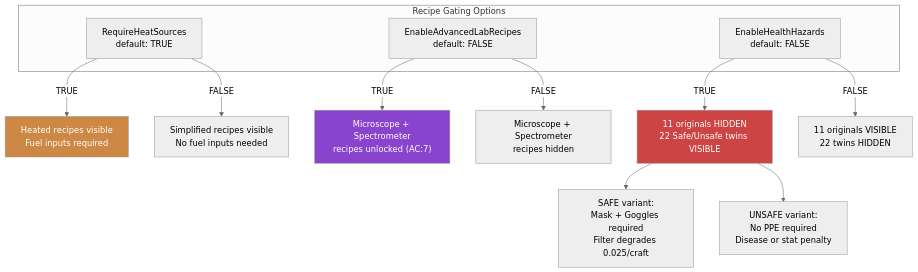
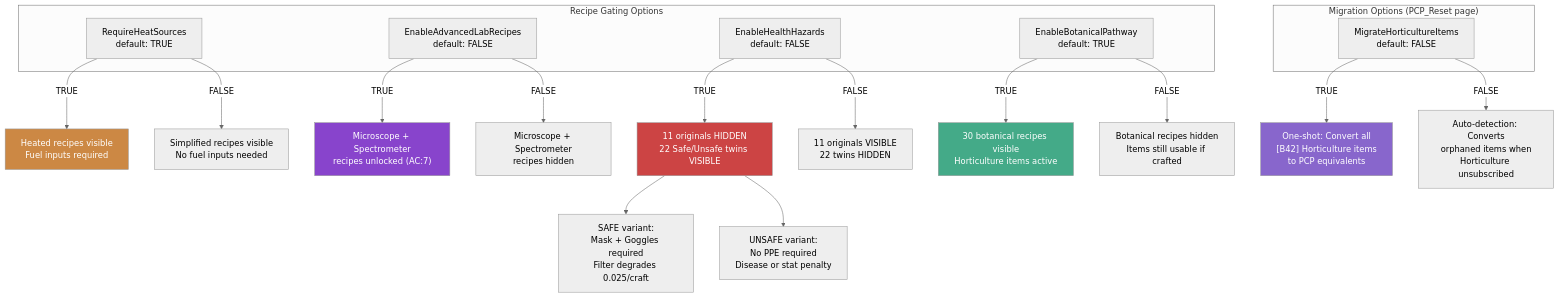
Before and after one commit to phobos-dthorga/mod-pz-chemistry-pathways: the diagram in docs/mermaid-src/sandbox-recipe-gating.mmd, drawn with Mermaid (neutral theme). The commit also changed 102 other files, not shown here.

First line of the commit message:
feat: add horticulture pathway, icon regen, and CTD fix

```diff
--- a/docs/mermaid-src/sandbox-recipe-gating.mmd
+++ b/docs/mermaid-src/sandbox-recipe-gating.mmd
@@ -1,22 +1,35 @@
 graph TB
     subgraph OPTIONS["Recipe Gating Options"]
         S1["RequireHeatSources<br/>default: TRUE"]
         S2["EnableAdvancedLabRecipes<br/>default: FALSE"]
         S3["EnableHealthHazards<br/>default: FALSE"]
+        S4["EnableBotanicalPathway<br/>default: TRUE"]
     end
 
     S1 -->|"TRUE"| H_ON["Heated recipes visible<br/>Fuel inputs required"]
     S1 -->|"FALSE"| H_OFF["Simplified recipes visible<br/>No fuel inputs needed"]
 
     S2 -->|"TRUE"| A_ON["Microscope + Spectrometer<br/>recipes unlocked (AC:7)"]
     S2 -->|"FALSE"| A_OFF["Microscope + Spectrometer<br/>recipes hidden"]
 
     S3 -->|"TRUE"| Z_ON["11 originals HIDDEN<br/>22 Safe/Unsafe twins VISIBLE"]
     S3 -->|"FALSE"| Z_OFF["11 originals VISIBLE<br/>22 twins HIDDEN"]
 
+    S4 -->|"TRUE"| B_ON["30 botanical recipes visible<br/>Horticulture items active"]
+    S4 -->|"FALSE"| B_OFF["Botanical recipes hidden<br/>Items still usable if crafted"]
+
     Z_ON --> SAFE["SAFE variant:<br/>Mask + Goggles required<br/>Filter degrades 0.025/craft"]
     Z_ON --> UNSAFE["UNSAFE variant:<br/>No PPE required<br/>Disease or stat penalty"]
+
+    subgraph MIGRATE["Migration Options (PCP_Reset page)"]
+        M1["MigrateHorticultureItems<br/>default: FALSE"]
+    end
+
+    M1 -->|"TRUE"| M_ON["One-shot: Convert all<br/>[B42] Horticulture items<br/>to PCP equivalents"]
+    M1 -->|"FALSE"| M_AUTO["Auto-detection: Converts<br/>orphaned items when<br/>Horticulture unsubscribed"]
 
     style H_ON fill:#c84,color:#fff
     style A_ON fill:#84c,color:#fff
     style Z_ON fill:#c44,color:#fff
+    style B_ON fill:#4a8,color:#fff
+    style M_ON fill:#86c,color:#fff
```
